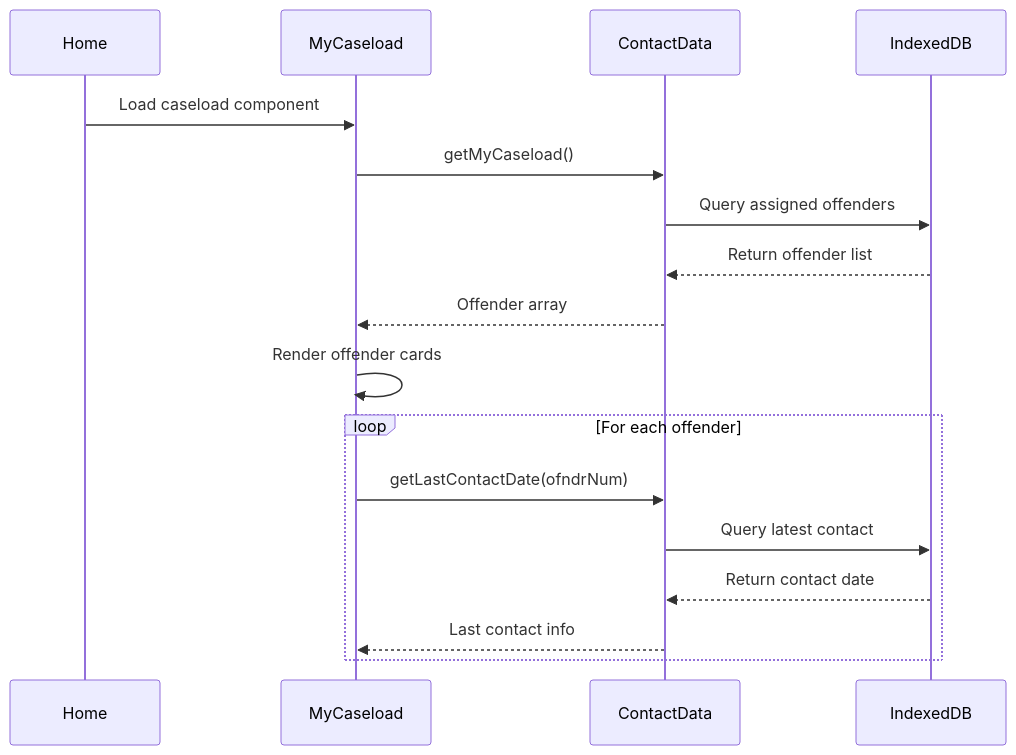
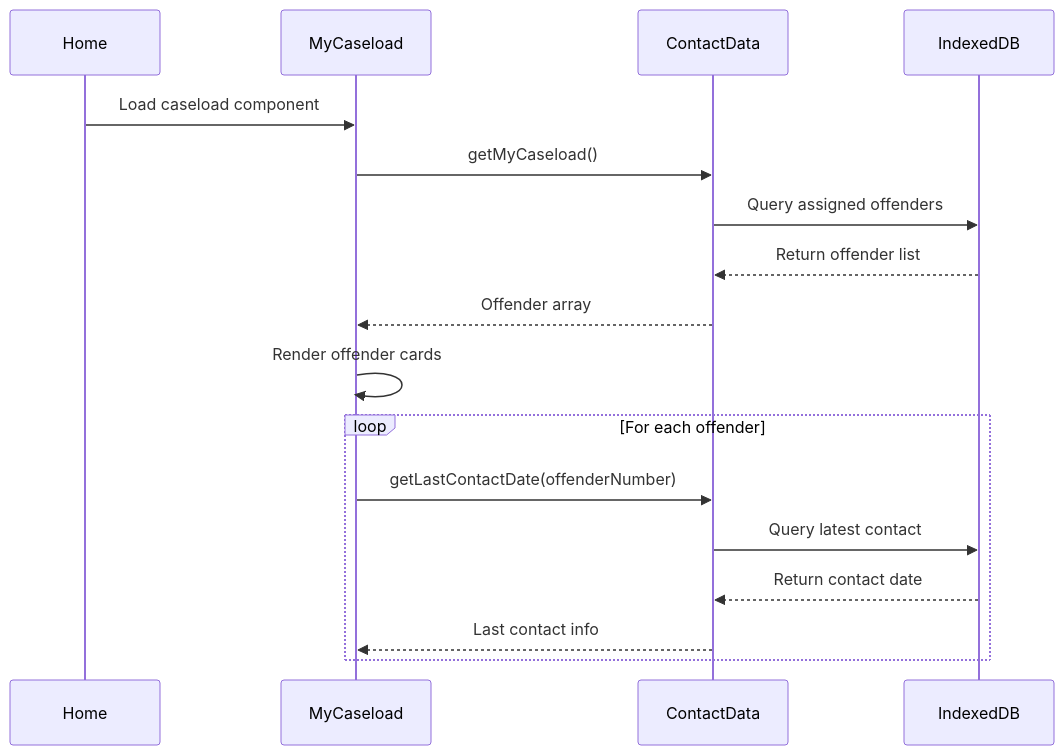
The second of 3 diagrams in README.md (ut-udc/ut-udc-apnp-field_contact), drawn with Mermaid before and after one commit. The commit also changed other lines of this file and 27 other files, not shown here.

````diff
--- a/README.md
+++ b/README.md
@@ -256,21 +256,21 @@
 ```mermaid
 sequenceDiagram
     participant H as Home
     participant MC as MyCaseload
     participant CD as ContactData
     participant DB as IndexedDB
 
     H->>MC: Load caseload component
     MC->>CD: getMyCaseload()
     CD->>DB: Query assigned offenders
     DB-->>CD: Return offender list
     CD-->>MC: Offender array
     MC->>MC: Render offender cards
 
     loop For each offender
-        MC->>CD: getLastContactDate(ofndrNum)
+        MC->>CD: getLastContactDate(offenderNumber)
         CD->>DB: Query latest contact
         DB-->>CD: Return contact date
         CD-->>MC: Last contact info
     end
 ```
````
